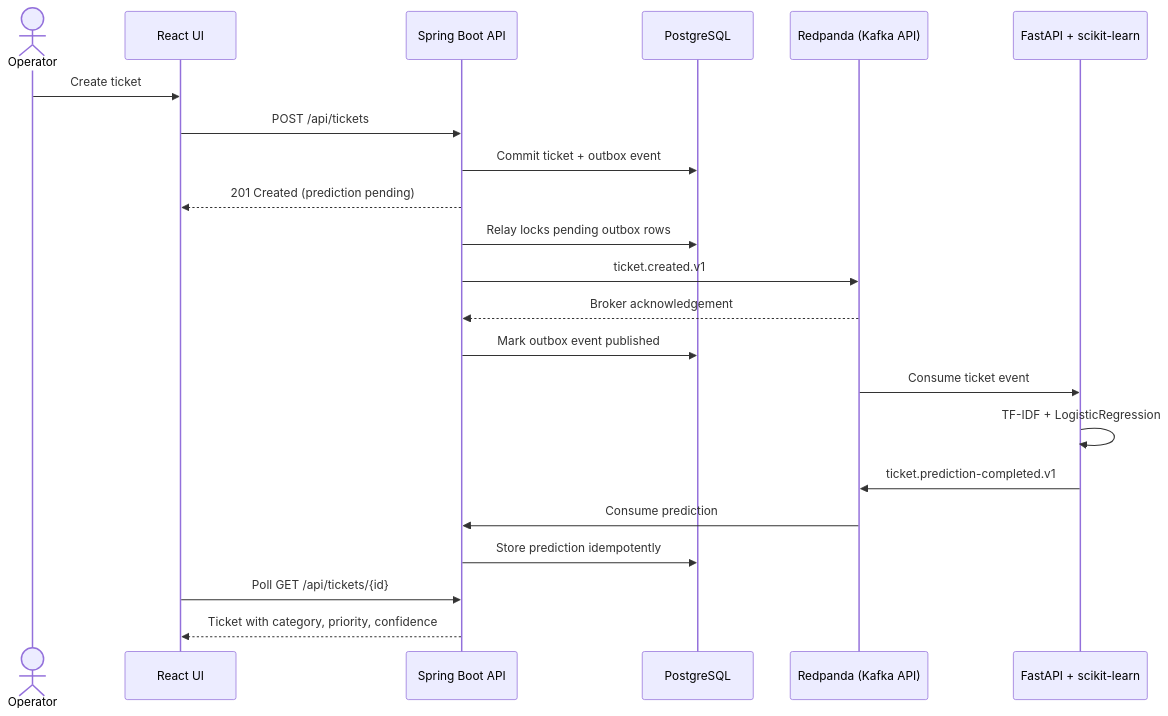
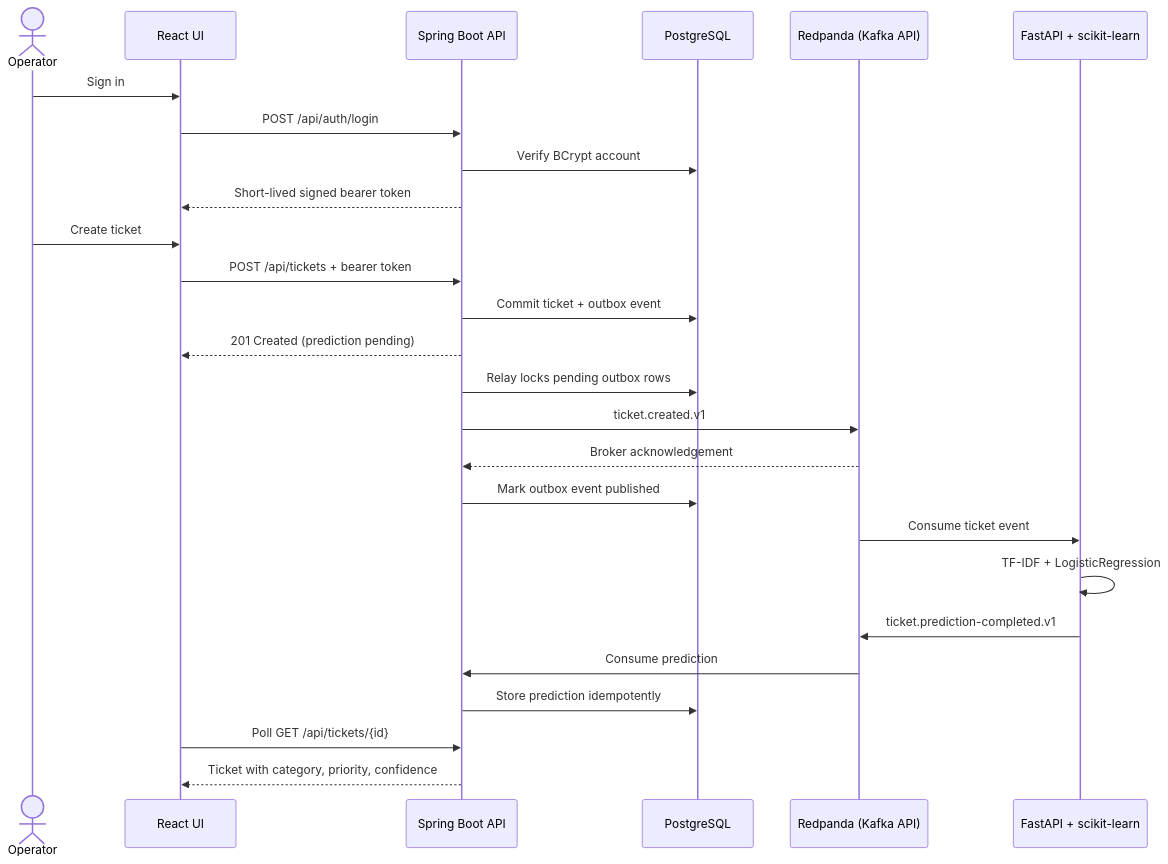
The diagram in README.md (YevhenKoval01/serviceops-intelligence-platform), drawn with Mermaid before and after one commit. The commit also changed other lines of this file and 47 other files, not shown here.

````diff
--- a/README.md
+++ b/README.md
@@ -21,25 +22,29 @@
 ```mermaid
 sequenceDiagram
     actor Operator
     participant UI as React UI
     participant API as Spring Boot API
     participant DB as PostgreSQL
     participant Kafka as Redpanda (Kafka API)
     participant ML as FastAPI + scikit-learn
 
+    Operator->>UI: Sign in
+    UI->>API: POST /api/auth/login
+    API->>DB: Verify BCrypt account
+    API-->>UI: Short-lived signed bearer token
     Operator->>UI: Create ticket
-    UI->>API: POST /api/tickets
+    UI->>API: POST /api/tickets + bearer token
     API->>DB: Commit ticket + outbox event
     API-->>UI: 201 Created (prediction pending)
     API->>DB: Relay locks pending outbox rows
     API->>Kafka: ticket.created.v1
     Kafka-->>API: Broker acknowledgement
     API->>DB: Mark outbox event published
     Kafka->>ML: Consume ticket event
     ML->>ML: TF-IDF + LogisticRegression
     ML->>Kafka: ticket.prediction-completed.v1
     Kafka->>API: Consume prediction
     API->>DB: Store prediction idempotently
     UI->>API: Poll GET /api/tickets/{id}
     API-->>UI: Ticket with category, priority, confidence
 ```
````
